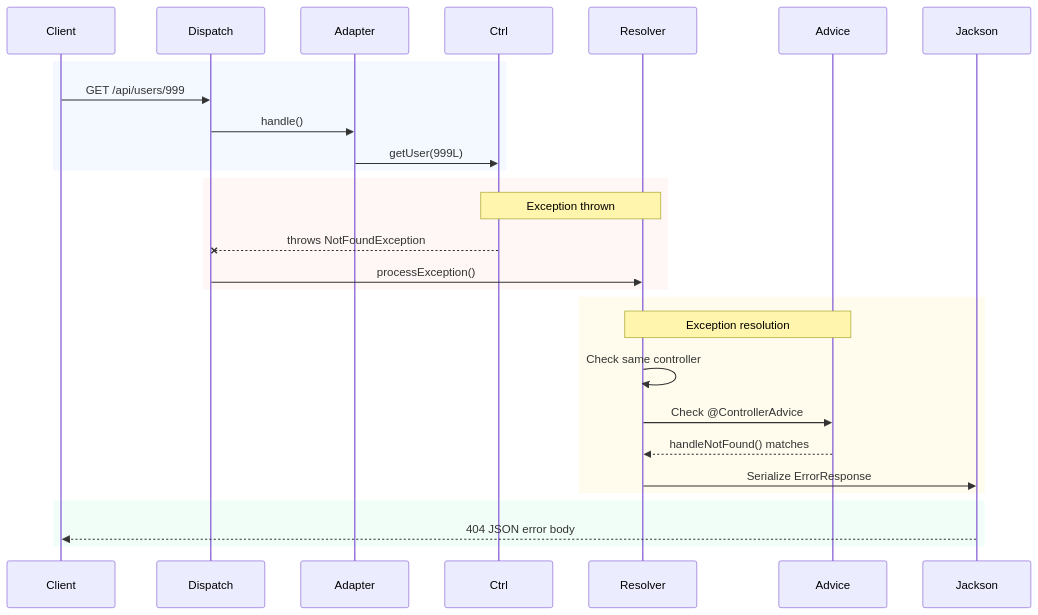
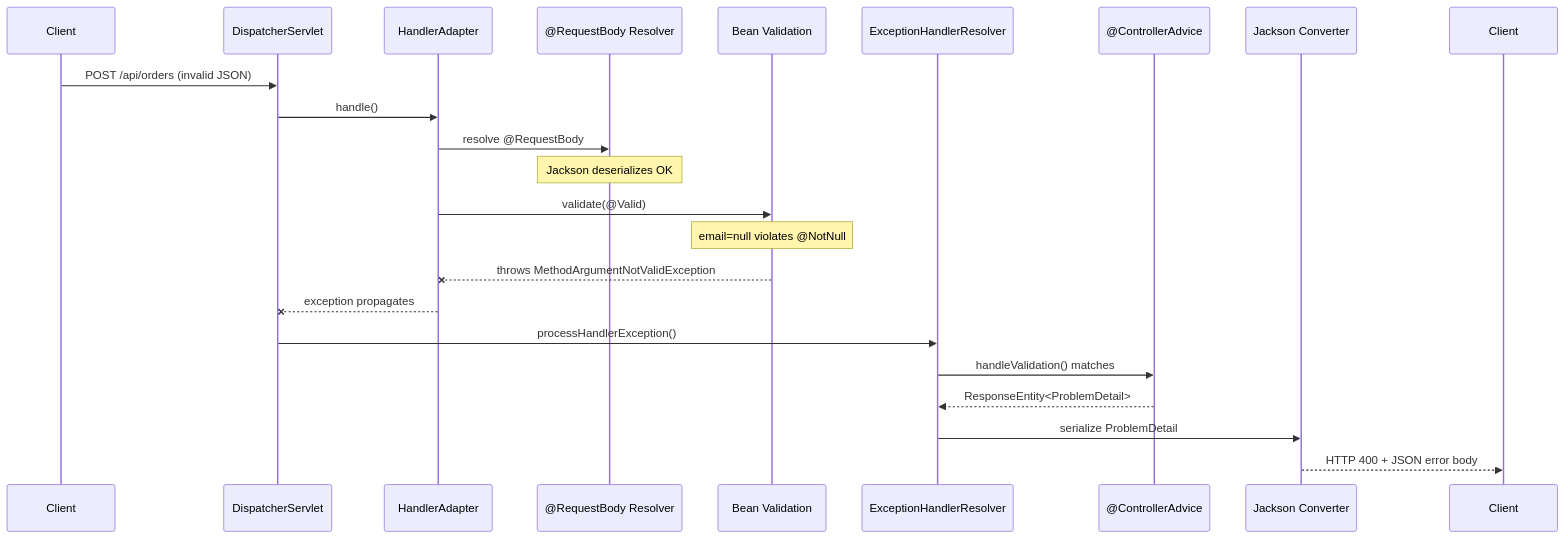
One commit to saivamsikaruturi/vamsilabs-dev-notes-main changed the sixth of 6 diagrams in docs/springboot/mvc-request-lifecycle.md. Above: the diagram before and after it, drawn with Mermaid. The commit also changed other lines of this file and 21 other files, not shown here.

````diff
--- a/docs/springboot/mvc-request-lifecycle.md
+++ b/docs/springboot/mvc-request-lifecycle.md
@@ -735,34 +1311,28 @@
 ```mermaid
 sequenceDiagram
-    participant C as Client
-    participant DS as Dispatch
-    participant HA as Adapter
-    participant Ctrl as Ctrl
-    participant EHR as Resolver
-    participant Adv as Advice
-    participant MC as Jackson
+    participant Client
+    participant DS as DispatcherServlet
+    participant HA as HandlerAdapter
+    participant BodyRes as @RequestBody Resolver
+    participant Valid as Bean Validation
+    participant EHR as ExceptionHandlerResolver
+    participant Advice as @ControllerAdvice
+    participant Jackson as Jackson Converter
+    participant Client2 as Client
 
-    rect rgba(219,234,254,0.3)
-        C->>DS: GET /api/users/999
-        DS->>HA: handle()
-        HA->>Ctrl: getUser(999L)
-    end
+    Client->>DS: POST /api/orders (invalid JSON)
+    DS->>HA: handle()
+    HA->>BodyRes: resolve @RequestBody
+    Note over BodyRes: Jackson deserializes OK
+    HA->>Valid: validate(@Valid)
+    Note over Valid: email=null violates @NotNull
 
-    rect rgba(254,226,226,0.3)
-        Note over Ctrl,EHR: Exception thrown
-        Ctrl--xDS: throws NotFoundException
-        DS->>EHR: processException()
-    end
+    Valid--xHA: throws MethodArgumentNotValidException
+    HA--xDS: exception propagates
 
-    rect rgba(254,243,199,0.3)
-        Note over EHR,Adv: Exception resolution
-        EHR->>EHR: Check same controller
-        EHR->>Adv: Check @ControllerAdvice
-        Adv-->>EHR: handleNotFound() matches
-        EHR->>MC: Serialize ErrorResponse
-    end
-
-    rect rgba(209,250,229,0.3)
-        MC-->>C: 404 JSON error body
-    end
+    DS->>EHR: processHandlerException()
+    EHR->>Advice: handleValidation() matches
+    Advice-->>EHR: ResponseEntity<ProblemDetail>
+    EHR->>Jackson: serialize ProblemDetail
+    Jackson-->>Client2: HTTP 400 + JSON error body
 ```
````
